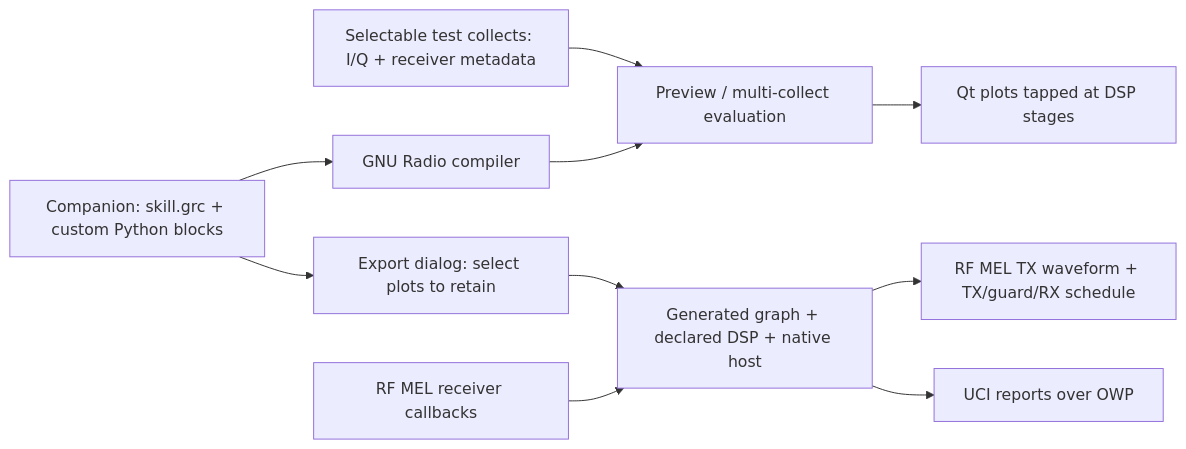
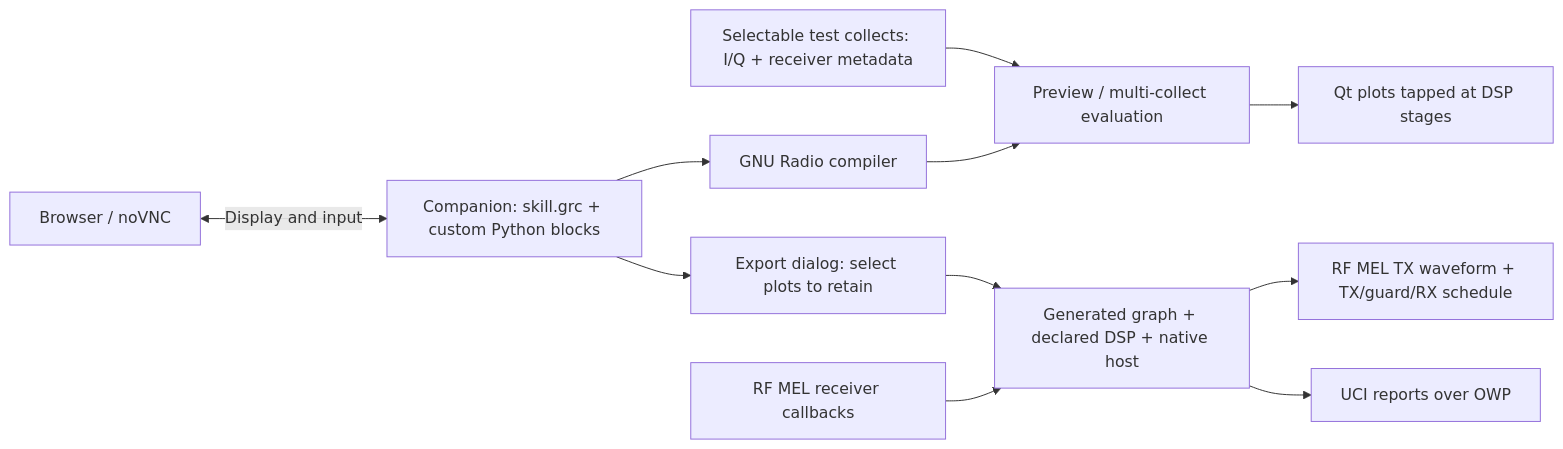
The diagram in README.md (wa200508/RF-Skill-Harness), drawn with Mermaid before and after one commit. The commit also changed other lines of this file and 6 other files, not shown here.

````diff
--- a/README.md
+++ b/README.md
@@ -29,12 +28,13 @@
 ```mermaid
 flowchart LR
+  B["Browser / noVNC"] <-->|Display and input| G
   G["Companion: skill.grc + custom Python blocks"] --> C["GNU Radio compiler"]
   D["Selectable test collects: I/Q + receiver metadata"] --> P["Preview / multi-collect evaluation"]
   C --> P
   P --> V["Qt plots tapped at DSP stages"]
   G --> E["Export dialog: select plots to retain"]
   E --> S["Generated graph + declared DSP + native host"]
   RX["RF MEL receiver callbacks"] --> S
   S --> TX["RF MEL TX waveform + TX/guard/RX schedule"]
   S --> U["UCI reports over OWP"]
 ```
````
